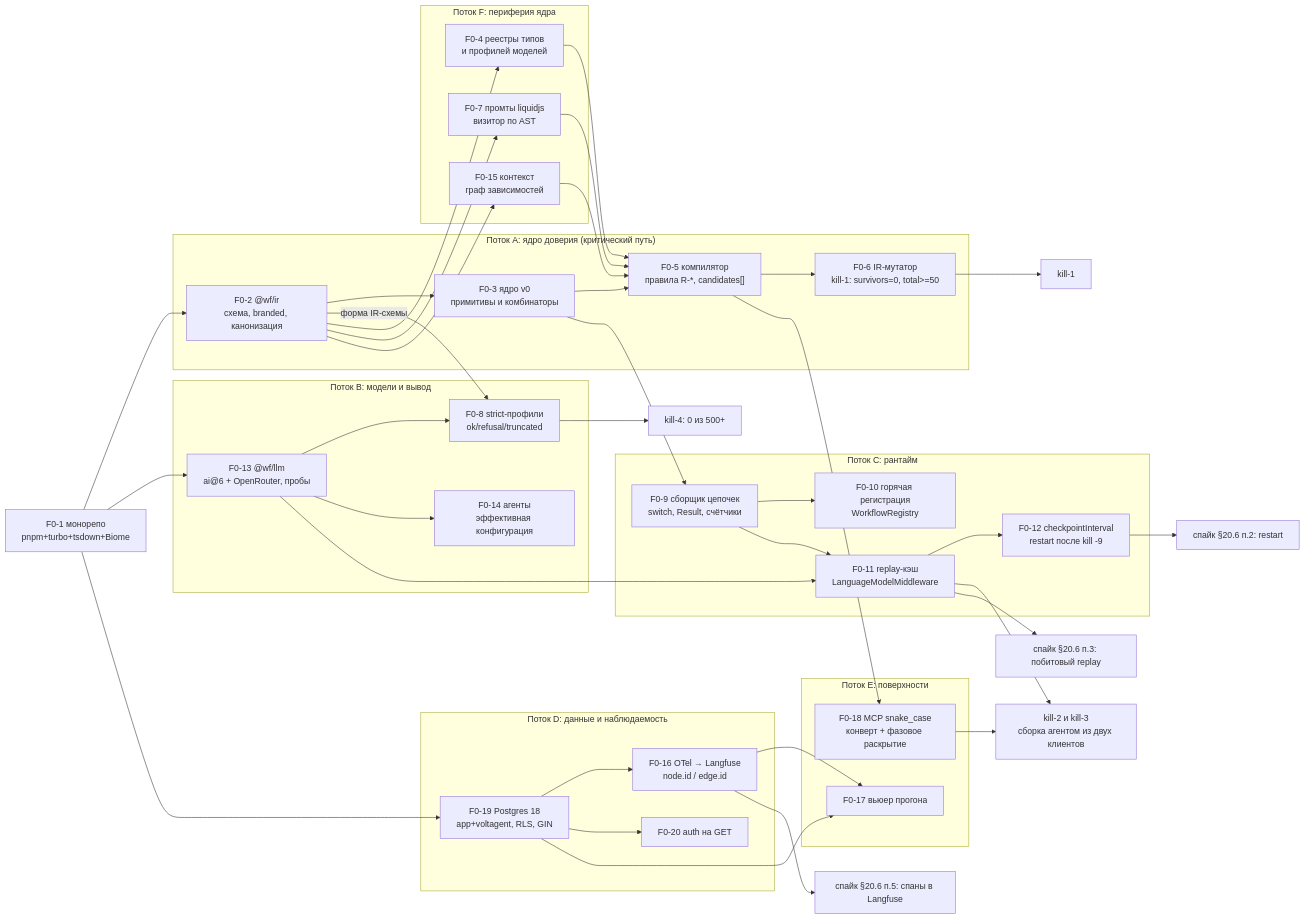
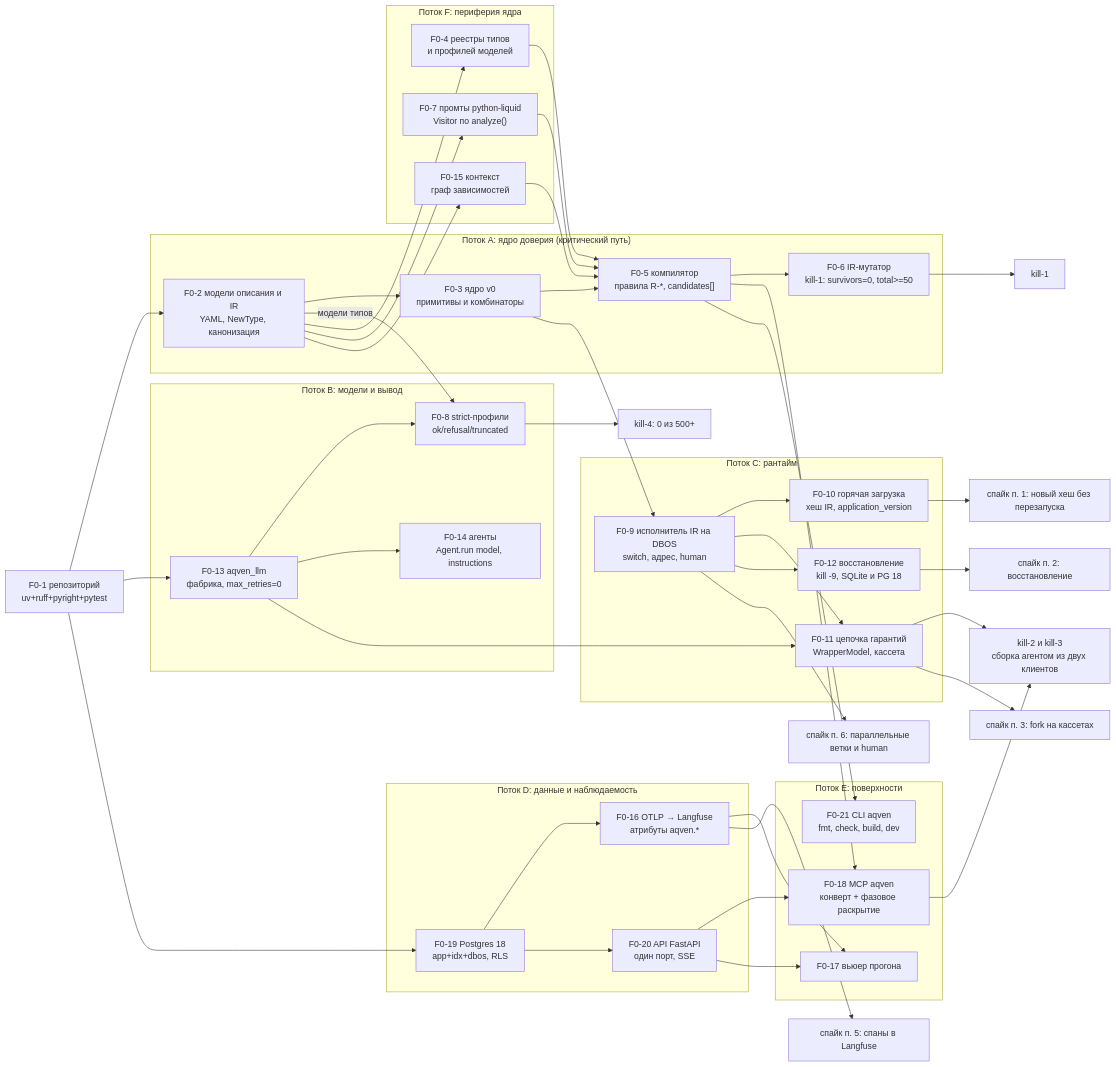
Before and after one commit to lastonoga/AQVEN: the diagram in docs/21-roadmap.md, drawn with Mermaid. The commit also changed other lines of this file and 476 other files, not shown here.

````diff
--- a/docs/21-roadmap.md
+++ b/docs/21-roadmap.md
@@ -249,66 +278,71 @@
 ```mermaid
 graph LR
-  F0_1["F0-1 монорепо<br/>pnpm+turbo+tsdown+Biome"]
+  F0_1["F0-1 репозиторий<br/>uv+ruff+pyright+pytest"]
 
   subgraph A["Поток A: ядро доверия (критический путь)"]
-    F0_2["F0-2 @wf/ir<br/>схема, branded, канонизация"]
+    F0_2["F0-2 модели описания и IR<br/>YAML, NewType, канонизация"]
     F0_3["F0-3 ядро v0<br/>примитивы и комбинаторы"]
     F0_5["F0-5 компилятор<br/>правила R-*, candidates[]"]
     F0_6["F0-6 IR-мутатор<br/>kill-1: survivors=0, total>=50"]
   end
 
   subgraph B["Поток B: модели и вывод"]
-    F0_13["F0-13 @wf/llm<br/>ai@6 + OpenRouter, пробы"]
+    F0_13["F0-13 aqven_llm<br/>фабрика, max_retries=0"]
     F0_8["F0-8 strict-профили<br/>ok/refusal/truncated"]
-    F0_14["F0-14 агенты<br/>эффективная конфигурация"]
+    F0_14["F0-14 агенты<br/>Agent.run model, instructions"]
   end
 
   subgraph C["Поток C: рантайм"]
-    F0_9["F0-9 сборщик цепочек<br/>switch, Result, счётчики"]
-    F0_10["F0-10 горячая регистрация<br/>WorkflowRegistry"]
-    F0_11["F0-11 replay-кэш<br/>LanguageModelMiddleware"]
-    F0_12["F0-12 checkpointInterval<br/>restart после kill -9"]
+    F0_9["F0-9 исполнитель IR на DBOS<br/>switch, адрес, human"]
+    F0_10["F0-10 горячая загрузка<br/>хеш IR, application_version"]
+    F0_11["F0-11 цепочка гарантий<br/>WrapperModel, кассета"]
+    F0_12["F0-12 восстановление<br/>kill -9, SQLite и PG 18"]
   end
 
   subgraph D["Поток D: данные и наблюдаемость"]
-    F0_19["F0-19 Postgres 18<br/>app+voltagent, RLS, GIN"]
-    F0_16["F0-16 OTel → Langfuse<br/>node.id / edge.id"]
-    F0_20["F0-20 auth на GET"]
+    F0_19["F0-19 Postgres 18<br/>app+idx+dbos, RLS"]
+    F0_16["F0-16 OTLP → Langfuse<br/>атрибуты aqven.*"]
+    F0_20["F0-20 API FastAPI<br/>один порт, SSE"]
   end
 
   subgraph F["Поток F: периферия ядра"]
     F0_4["F0-4 реестры типов<br/>и профилей моделей"]
-    F0_7["F0-7 промты liquidjs<br/>визитор по AST"]
+    F0_7["F0-7 промты python-liquid<br/>Visitor по analyze()"]
     F0_15["F0-15 контекст<br/>граф зависимостей"]
   end
 
   subgraph E["Поток E: поверхности"]
-    F0_18["F0-18 MCP snake_case<br/>конверт + фазовое раскрытие"]
+    F0_18["F0-18 MCP aqven<br/>конверт + фазовое раскрытие"]
     F0_17["F0-17 вьюер прогона"]
+    F0_21["F0-21 CLI aqven<br/>fmt, check, build, dev"]
   end
 
   F0_1 --> F0_2 --> F0_3 --> F0_5 --> F0_6
   F0_1 --> F0_13 --> F0_8
-  F0_2 -->|форма IR-схемы| F0_8
+  F0_2 -->|модели типов| F0_8
   F0_13 --> F0_14
   F0_3 --> F0_9
   F0_9 --> F0_10
   F0_13 --> F0_11
   F0_9 --> F0_11
-  F0_11 --> F0_12
+  F0_9 --> F0_12
   F0_1 --> F0_19 --> F0_16
   F0_19 --> F0_20
   F0_2 --> F0_4 --> F0_5
   F0_2 --> F0_7 --> F0_5
   F0_2 --> F0_15 --> F0_5
   F0_5 --> F0_18
+  F0_20 --> F0_18
+  F0_5 --> F0_21
   F0_16 --> F0_17
-  F0_19 --> F0_17
+  F0_20 --> F0_17
   F0_18 --> K2["kill-2 и kill-3<br/>сборка агентом из двух клиентов"]
   F0_11 --> K2
   F0_6 --> K1["kill-1"]
   F0_8 --> K4["kill-4: 0 из 500+"]
-  F0_12 --> S2["спайк §20.6 п.2: restart"]
-  F0_11 --> S3["спайк §20.6 п.3: побитовый replay"]
-  F0_16 --> S5["спайк §20.6 п.5: спаны в Langfuse"]
+  F0_10 --> S1["спайк п. 1: новый хеш без перезапуска"]
+  F0_12 --> S2["спайк п. 2: восстановление"]
+  F0_11 --> S3["спайк п. 3: fork на кассетах"]
+  F0_16 --> S5["спайк п. 5: спаны в Langfuse"]
+  F0_9 --> S6["спайк п. 6: параллельные ветки и human"]
 ```
````
